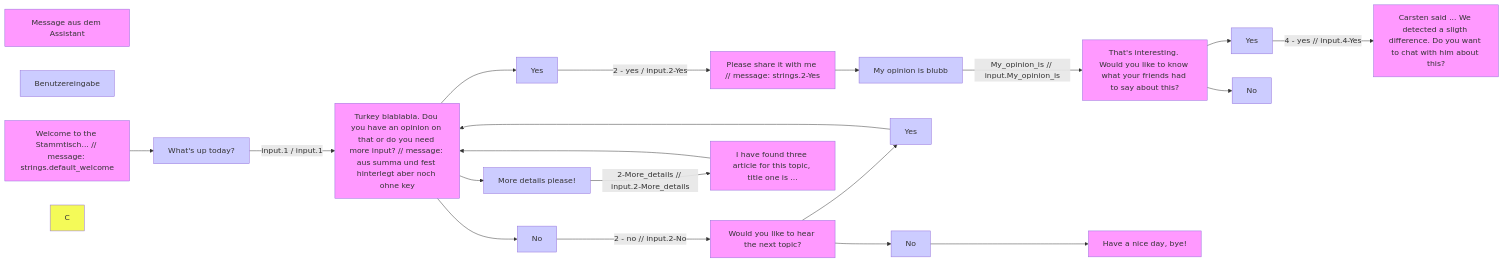
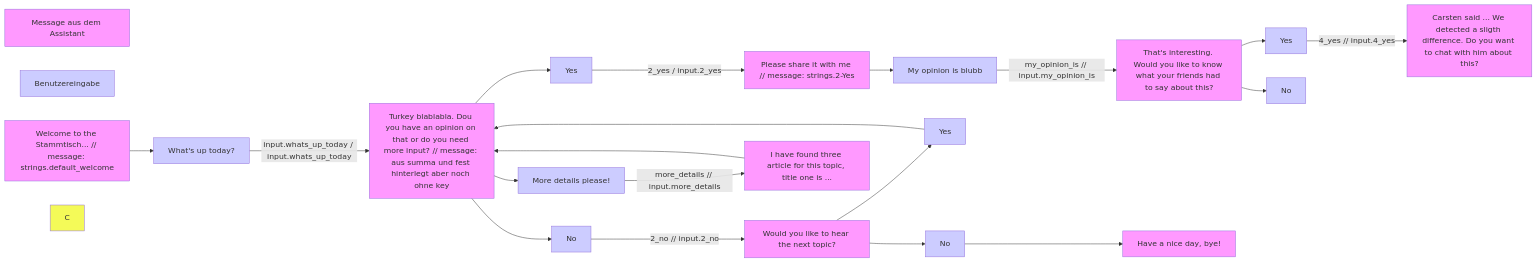
One commit to tobysoby/summa_reader changed the diagram in documentation/intent_flow.mmd. Above: the diagram before and after it, drawn with Mermaid. The commit also changed 1 other file, not shown here.

```diff
--- a/documentation/intent_flow.mmd
+++ b/documentation/intent_flow.mmd
@@ -1,60 +1,60 @@
 graph LR
 A[Message aus dem Assistant]
 B[Benutzereingabe]
 D[Welcome to the Stammtisch... // message: strings.default_welcome]
 E[What's up today?]
 G[Turkey blablabla. Dou you have an opinion on that or do you need more input? // message: aus summa und fest hinterlegt aber noch ohne key]
 H[Yes]
 I[No]
 J[More details please!]
 K[Please share it with me // message: strings.2-Yes]
 L[My opinion is blubb]
 M[That's interesting. Would you like to know what your friends had to say about this?]
 N[Yes]
 O[No]
 P[Carsten said ... We detected a sligth difference. Do you want to chat with him about this?]
 Q[Would you like to hear the next topic?]
 R[Yes]
 S[No]
 T[Have a nice day, bye!]
 U[I have found three article for this topic, title one is ...]
 
 D --> E
-E -->|input.1 / input.1| G
+E -->|input.whats_up_today / input.whats_up_today| G
 G --> H
 G --> I
 G --> J
-H -->|2 - yes / input.2-Yes| K
+H -->|2_yes / input.2_yes| K
 K --> L
-L -->|My_opinion_is // input.My_opinion_is| M
+L -->|my_opinion_is // input.my_opinion_is| M
 M --> N
 M --> O
-N -->|4 - yes // input.4-Yes| P
-I -->|2 - no // input.2-No| Q
+N -->|4_yes // input.4_yes| P
+I -->|2_no // input.2_no| Q
 Q --> R
 Q --> S
 R --> G
 S --> T
-J -->|2-More_details // input.2-More_details| U
+J -->|more_details // input.more_details| U
 U --> G
 
 style A fill:#f9f
 style B fill:#ccf
 style C fill:#F4FA58
 style D fill:#f9f
 style E fill:#ccf
 style G fill:#f9f
 style H fill:#ccf
 style I fill:#ccf
 style J fill:#ccf
 style K fill:#f9f
 style L fill:#ccf
 style M fill:#f9f
 style N fill:#ccf
 style O fill:#ccf
 style P fill: #f9f
 style Q fill: #f9f
 style R fill:#ccf
 style S fill:#ccf
 style T fill: #f9f
 style U fill: #f9f
```
